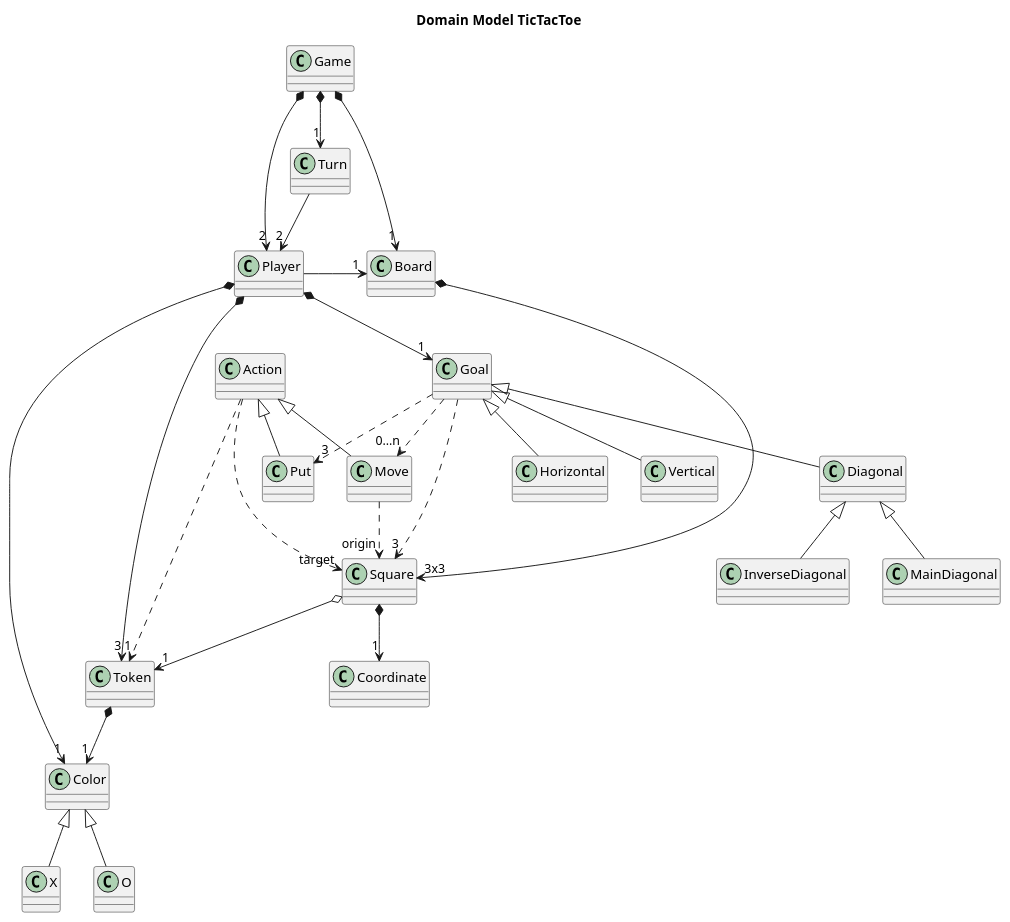
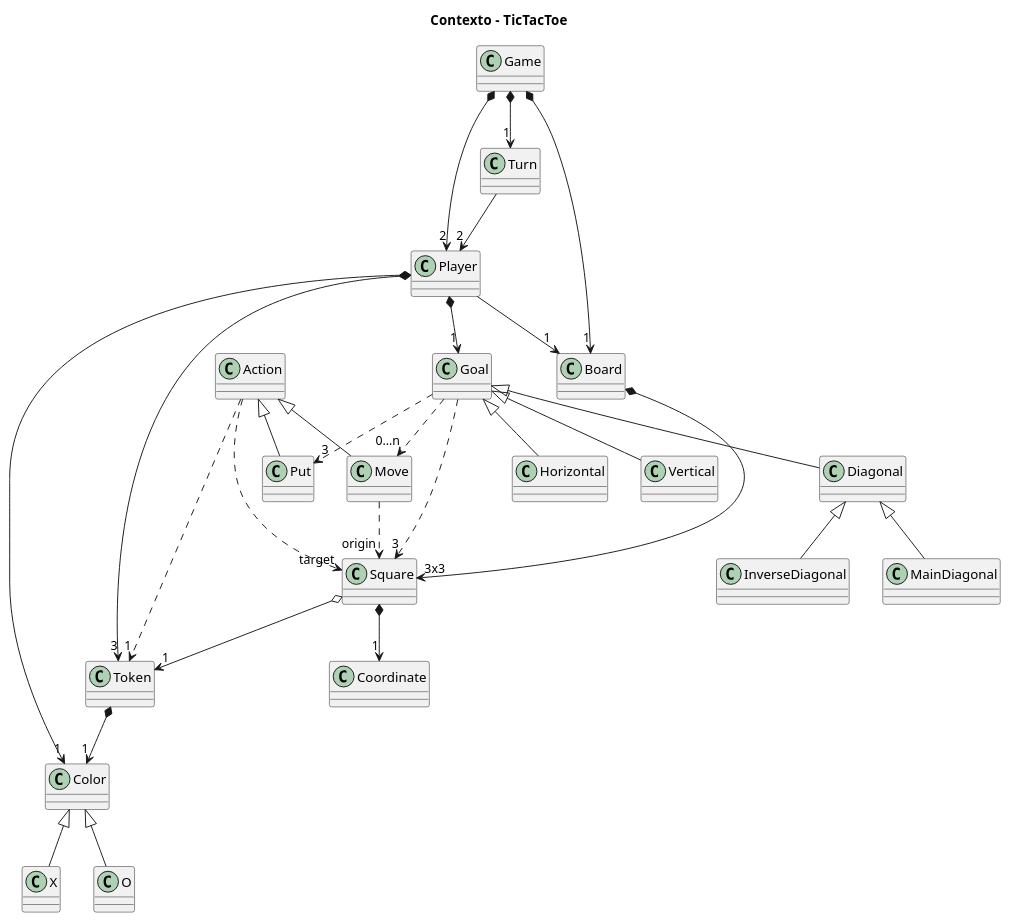
Before and after one commit to franpaulinoinfante/MasterSoftwareDevelopment: the diagram in src/TicTacToe/DocumentView/Basic/TicTacToeContext.plantuml, drawn with PlantUML.

```diff
--- a/src/TicTacToe/DocumentView/Basic/TicTacToeContext.plantuml
+++ b/src/TicTacToe/DocumentView/Basic/TicTacToeContext.plantuml
@@ -1,39 +1,40 @@
 @startuml Context
-Title Domain Model TicTacToe
+Title Contexto - TicTacToe
+
 Game *--> "2" Player
 Game *-down-> "1" Turn
 Game *--> "1" Board
 
 Turn --> "2" Player
-Player -right-> "1" Board
-Player *--> "1" Goal
+Player --> "1" Board
+Player *-down-> "1" Goal
 Player *--> "1" Color
 Player *--> "3" Token
 Color <|-- X
 Color <|-- O
 
 Board *--> "3x3" Square
 Square *-down-> "1" Coordinate
 Square  o--> "1" Token
 Token *--> "1" Color
 
 Action <|-- Put
 Action <|-- Move
 Action ..> "1" Token
 Action ..> "target" Square
 
 
 Diagonal -up-|> Goal
 Diagonal <|-- MainDiagonal
 Diagonal <|-- InverseDiagonal
 Horizontal -up-|> Goal
 Vertical  -up-|> Goal
 
 Goal ..> "3" Put
 Goal ..> "0...n" Move
 Move ..> "origin" Square
 Goal ..> "3" Square
 
 
 
 @enduml
```
